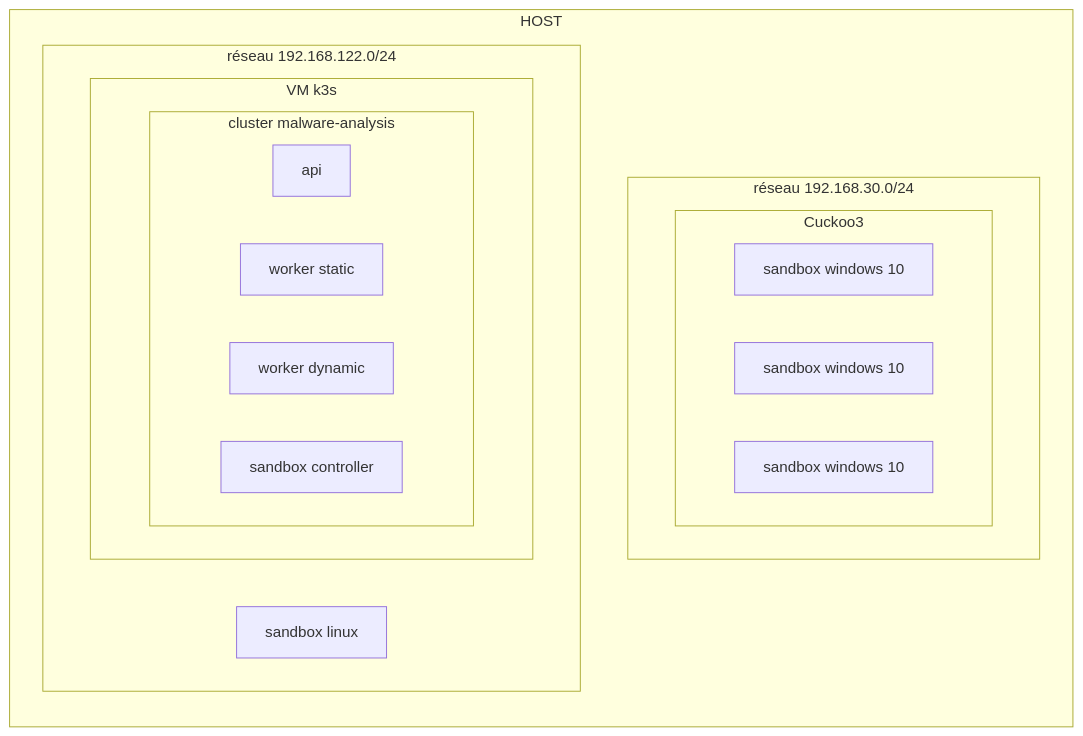
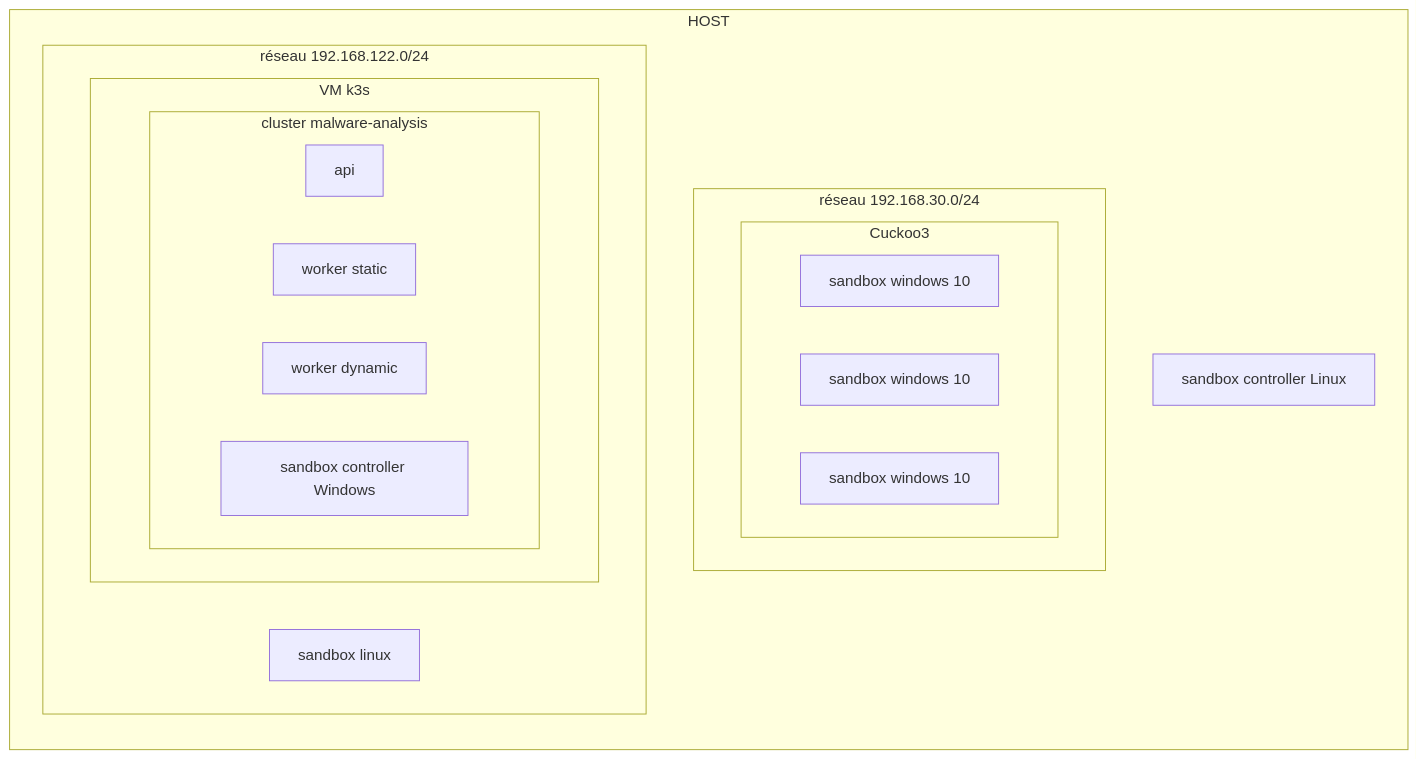
The first of 3 diagrams in docs/ARCHITECTURE.md (na-teag/PFE), drawn with Mermaid before and after one commit. The commit also changed other lines of this file and 2 other files, not shown here.

````diff
--- a/docs/ARCHITECTURE.md
+++ b/docs/ARCHITECTURE.md
@@ -3,27 +3,28 @@
 ```mermaid
 flowchart LR
     
 subgraph HOST
     subgraph R3[réseau 192.168.30.0/24]
         subgraph Cuckoo3
             VM1[sandbox windows 10]
             VM2[sandbox windows 10]
             VM3[sandbox windows 10]
         end
     end
 
     subgraph R2[réseau 192.168.122.0/24]
         VM4[sandbox linux]
         subgraph VM5[VM k3s]
             subgraph C[cluster malware-analysis]
                 P1[api]
                 P2[worker static]
                 P3[worker dynamic]
-                P4[sandbox controller]
+                P4[sandbox controller Windows]
             end
         end
     end
+    script[sandbox controller Linux]
 
     click Cuckoo3 "https://github.com/cert-ee/cuckoo3" "Cuckoo3" _blank
 end
 ```
````
